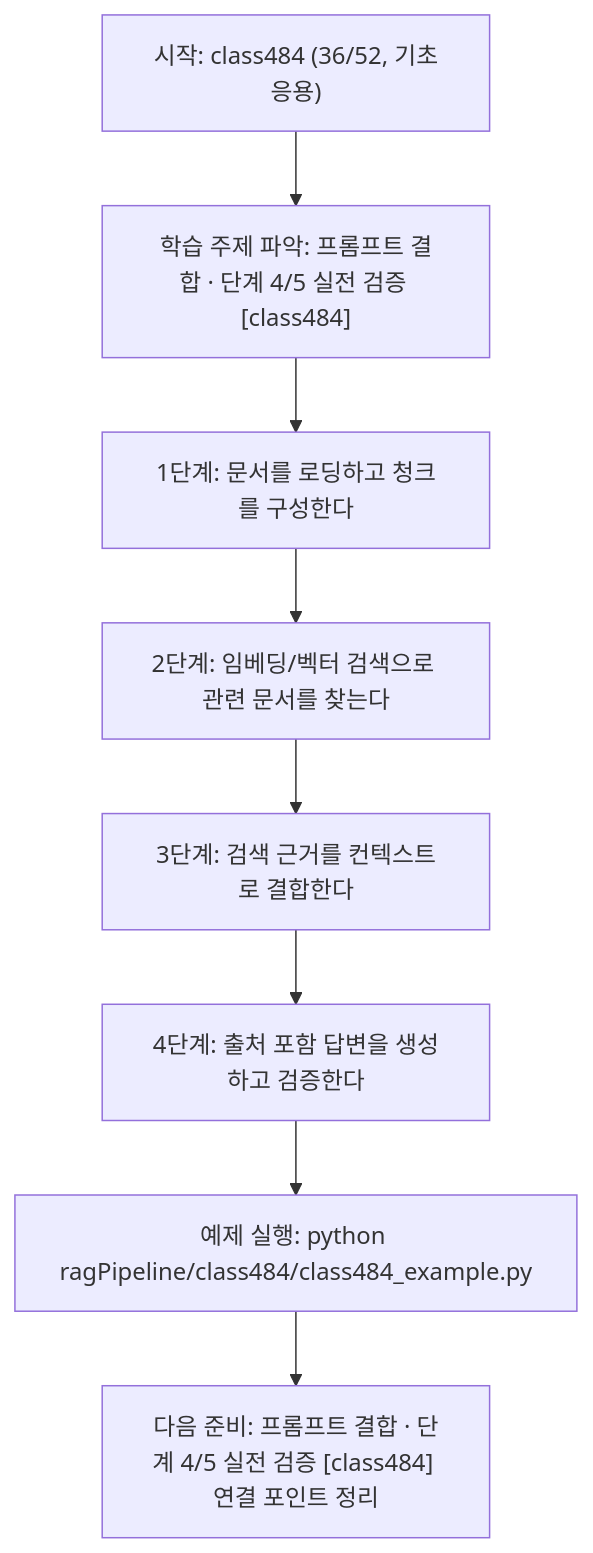
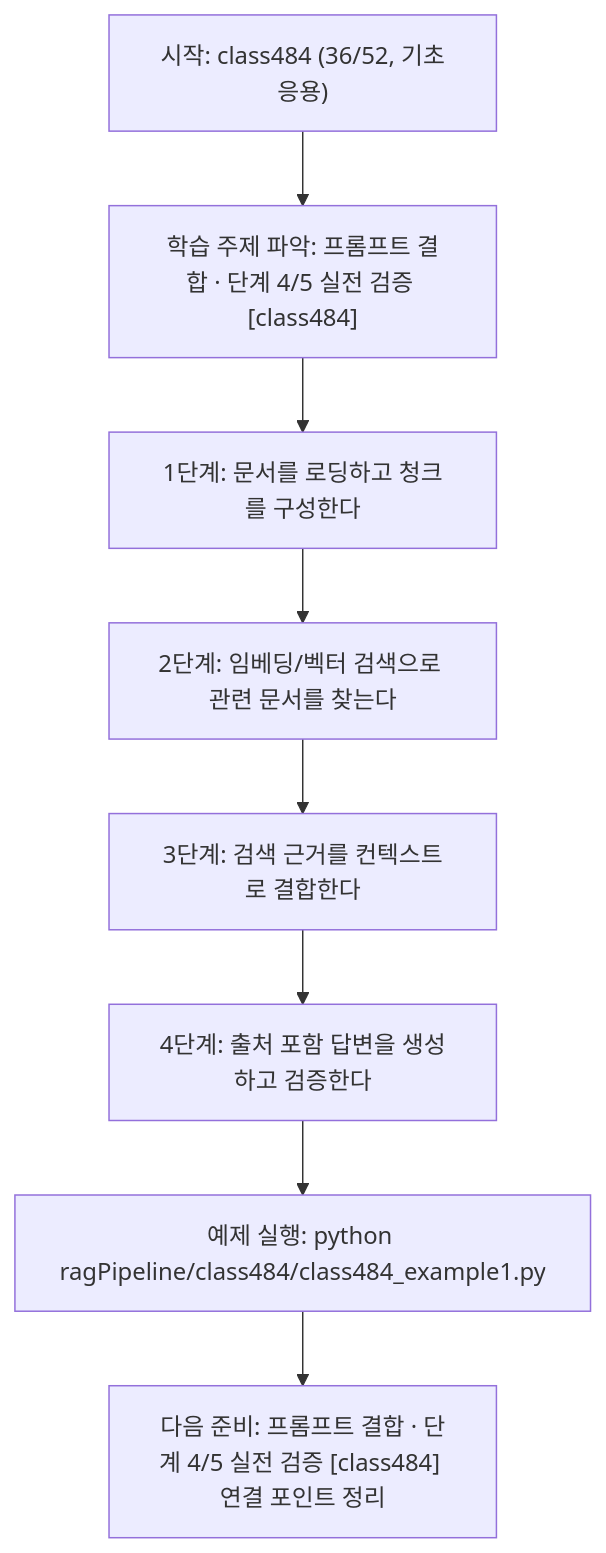
The diagram in ragPipeline/class484/class484.md (edumgt/Python-AI_Agent-Class), drawn with Mermaid before and after one commit. The commit also changed other lines of this file and 2959 other files, not shown here.

````diff
--- a/ragPipeline/class484/class484.md
+++ b/ragPipeline/class484/class484.md
@@ -110,18 +110,18 @@
 ```mermaid
 flowchart TD
 N1["시작: class484 (36/52, 기초응용)"]
 N2["학습 주제 파악: 프롬프트 결합 · 단계 4/5 실전 검증 [class484]"]
 N3["1단계: 문서를 로딩하고 청크를 구성한다"]
 N4["2단계: 임베딩/벡터 검색으로 관련 문서를 찾는다"]
 N5["3단계: 검색 근거를 컨텍스트로 결합한다"]
 N6["4단계: 출처 포함 답변을 생성하고 검증한다"]
-N7["예제 실행: python ragPipeline/class484/class484_example.py"]
+N7["예제 실행: python ragPipeline/class484/class484_example1.py"]
 N8["다음 준비: 프롬프트 결합 · 단계 4/5 실전 검증 [class484] 연결 포인트 정리"]
 N1 --> N2
 N2 --> N3
 N3 --> N4
 N4 --> N5
 N5 --> N6
 N6 --> N7
 N7 --> N8
 ```
````
